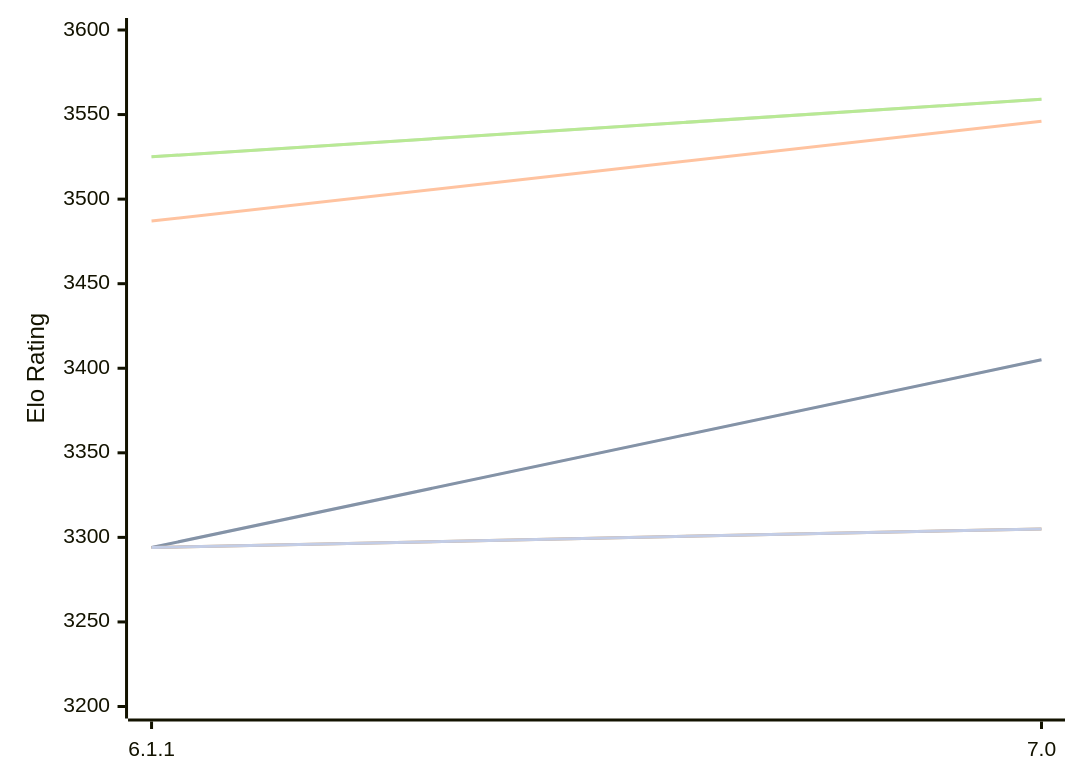
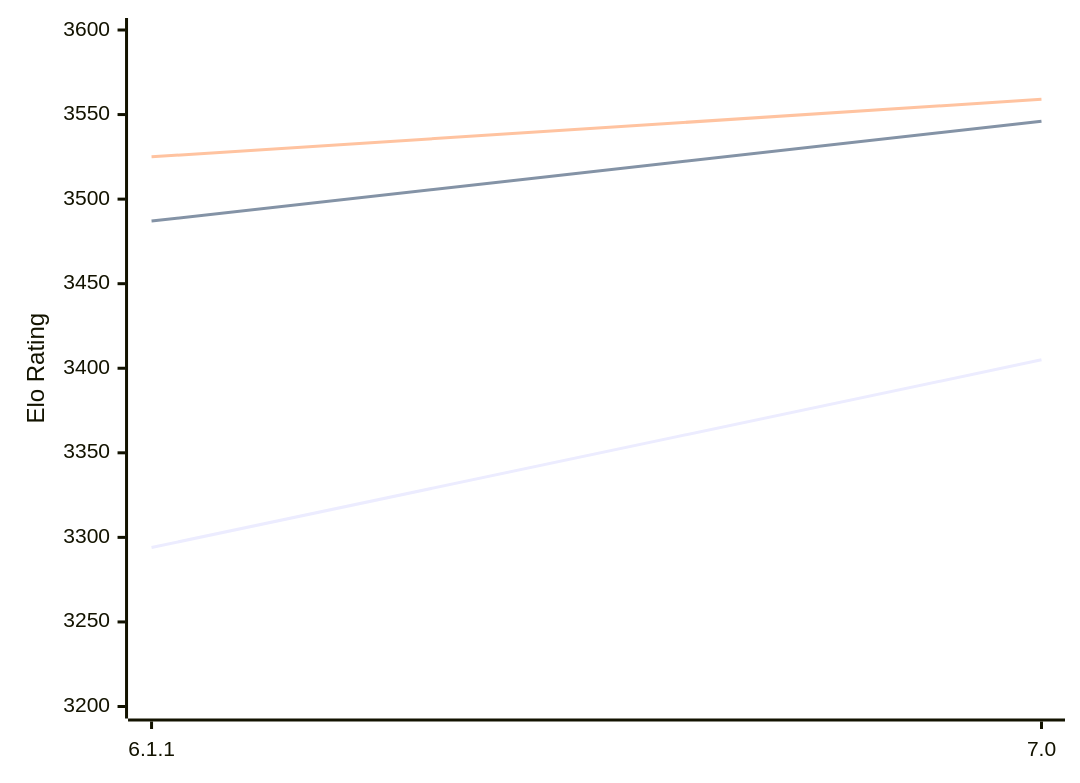
The diagram in engines/Astra.md (computer-chess-index/cci), drawn with Mermaid before and after one commit. The commit also changed other lines of this file, not shown here.

````diff
--- a/engines/Astra.md
+++ b/engines/Astra.md
@@ -48,13 +48,9 @@
 ```mermaid
 %%{init: {"theme":"base","themeVariables":{"seriesColors:['#a3a3a3','#222221','#faa371']}}}%%
 xychart-beta
   x-axis ["6.1.1", "7.0"]
   y-axis "Elo Rating" 3200 --> 3600
-  line "" [3294, 3405]
   line "T1: STC (8.0+0.08s)" [3294, 3405]
   line "T1: LTC (60.0+0.60s)" [3487, 3546]
-  line "" [3525, 3559]
   line "T1: VLTC (2m24s+1.12s)" [3525, 3559]
-  line "" [3294,3305]
-  line "E1: STC (8.0+0.08s)" [3294,3305]
 ```
````
